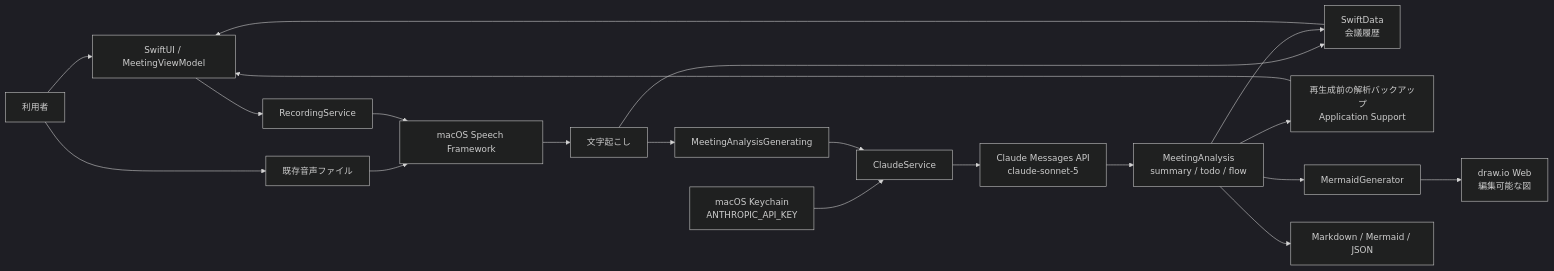
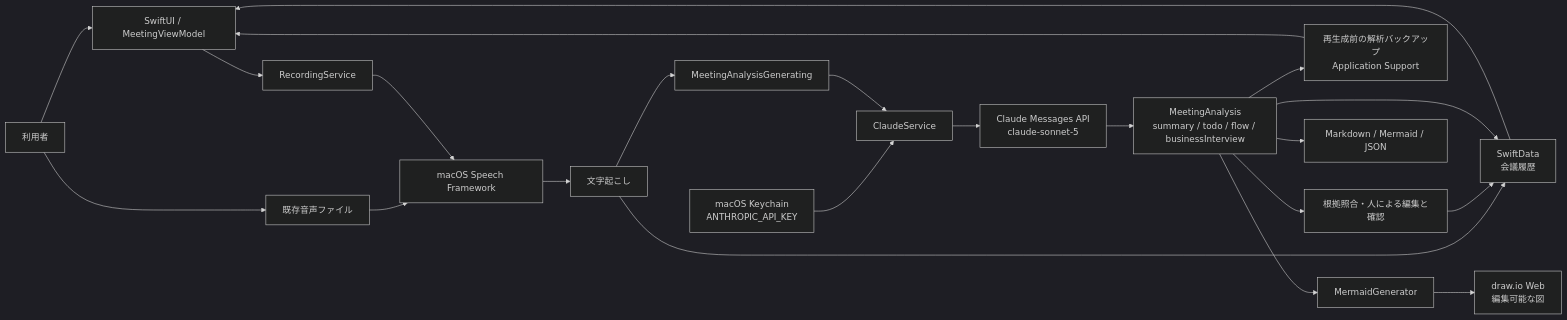
One commit to FlyOutStudio/MeetingFlowAI changed the diagram in ARCHITECTURE.md. Above: the diagram before and after it, drawn with Mermaid (dark theme). The commit also changed other lines of this file and 8 other files, not shown here.

Commit message:
Prepare v1.5.0 business interview release and bounded evidence retry

````diff
--- a/ARCHITECTURE.md
+++ b/ARCHITECTURE.md
@@ -9,22 +9,24 @@
 ```mermaid
 flowchart LR
   User["利用者"] --> UI["SwiftUI / MeetingViewModel"]
   UI --> Recorder["RecordingService"]
   User --> Import["既存音声ファイル"]
   Import --> Speech
   Recorder --> Speech["macOS Speech Framework"]
   Speech --> Transcript["文字起こし"]
   Transcript --> Store["SwiftData\n会議履歴"]
   Transcript --> Generator["MeetingAnalysisGenerating"]
   Keychain["macOS Keychain\nANTHROPIC_API_KEY"] --> Claude["ClaudeService"]
   Generator --> Claude
   Claude --> API["Claude Messages API\nclaude-sonnet-5"]
-  API --> Analysis["MeetingAnalysis\nsummary / todo / flow"]
+  API --> Analysis["MeetingAnalysis\nsummary / todo / flow / businessInterview"]
+  Analysis --> Review["根拠照合・人による編集と確認"]
+  Review --> Store
   Analysis --> Store
   Analysis --> PreviousAnalysis["再生成前の解析バックアップ\nApplication Support"]
   PreviousAnalysis --> UI
   Store --> UI
   Analysis --> Mermaid["MermaidGenerator"]
   Mermaid --> Drawio["draw.io Web\n編集可能な図"]
   Analysis --> Export["Markdown / Mermaid / JSON"]
 ```
````
